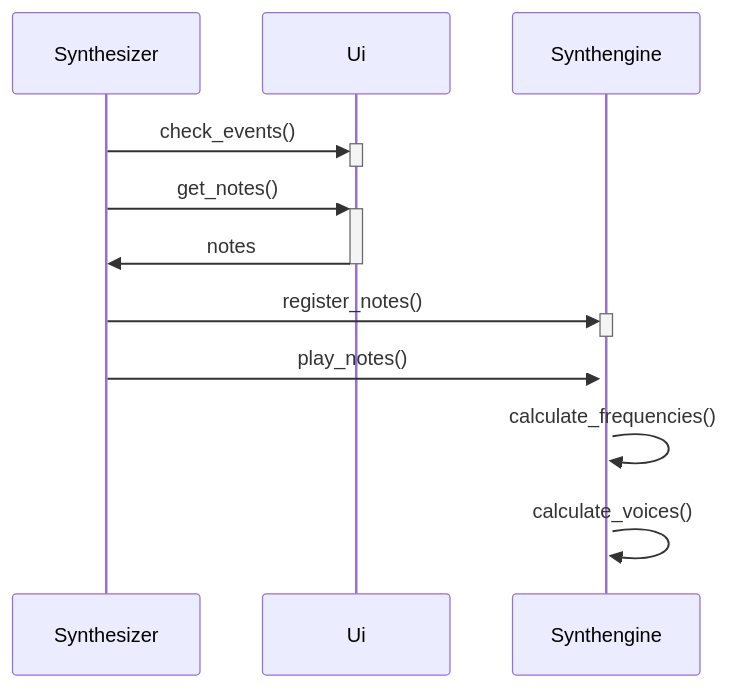
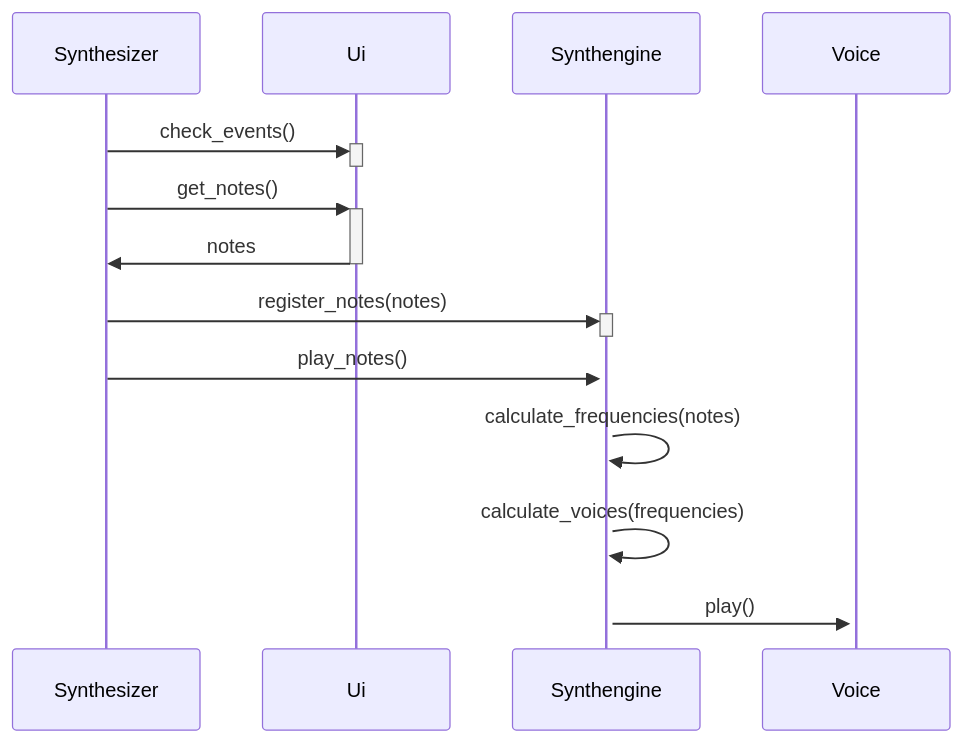
One commit to rudolf-heiskanen/ot-harjoitustyo changed the second of 2 diagrams in dokumentaatio/arkkitehtuuri.md. Above: the diagram before and after it, drawn with Mermaid.

Commit message:
arkkitehtuuria

````diff
--- a/dokumentaatio/arkkitehtuuri.md
+++ b/dokumentaatio/arkkitehtuuri.md
@@ -29,12 +29,14 @@
 ```mermaid
 sequenceDiagram
     Synthesizer ->>+ Ui: check_events()
     deactivate Ui
     Synthesizer ->>+ Ui: get_notes()
     Ui ->>- Synthesizer: notes
-    Synthesizer ->>+ Synthengine: register_notes()
+    Synthesizer ->>+ Synthengine: register_notes(notes)
     deactivate Synthengine
     Synthesizer ->>+ Synthengine: play_notes()
-    Synthengine ->> Synthengine: calculate_frequencies()
-    Synthengine ->> Synthengine: calculate_voices()
+    Synthengine ->> Synthengine: calculate_frequencies(notes)
+    Synthengine ->> Synthengine: calculate_voices(frequencies)
+    Synthengine ->>+ Voice: play()
+    
 ```
````
